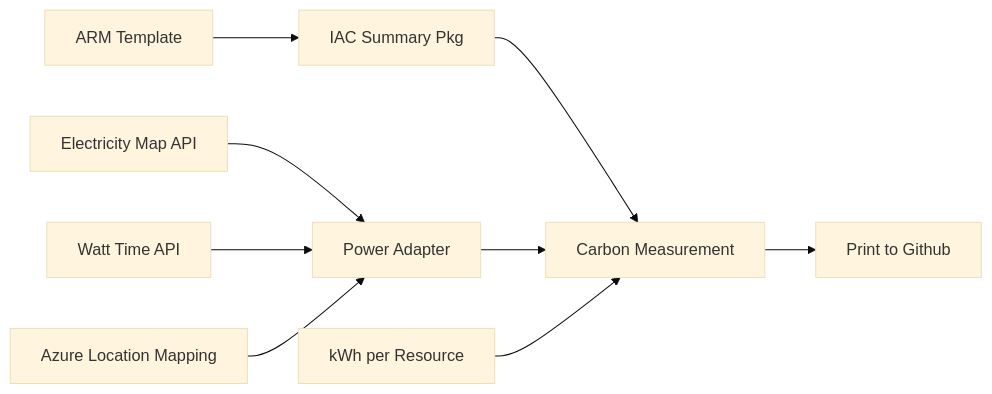
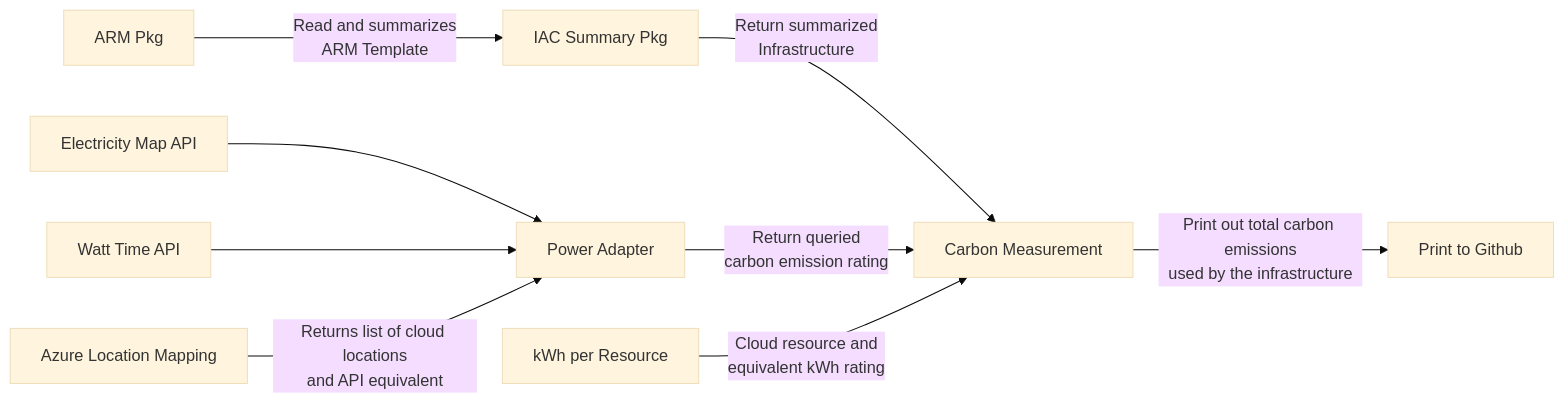
Before and after one commit to Green-Software-Foundation/carbon-ci: the diagram in docs/start-here.md, drawn with Mermaid (base theme).

Commit message:
docs: added descriptions on diagram

````diff
--- a/docs/start-here.md
+++ b/docs/start-here.md
@@ -21,20 +21,21 @@
 ```mermaid
 flowchart LR
 C[Carbon Measurement]
 G[Print to Github]
-ARM[ARM Template]
+ARM[ARM Pkg]
 IAC[IAC Summary Pkg]
 EM[Electricity Map API]
 PA[Power Adapter]
 WT[Watt Time API]
 LOC[Azure Location Mapping]
 KWH[kWh per Resource]
 
-C --> G
-ARM --> IAC --> C
+C --Print out total carbon emissions\nused by the infrastructure--> G
+ARM --Read and summarizes\nARM Template--> IAC
+IAC --Return summarized\nInfrastructure--> C
 EM --> PA
 WT --> PA
-LOC --> PA
-PA --> C
-KWH --> C
+LOC --Returns list of cloud locations\nand API equivalent--> PA
+PA --Return queried\ncarbon emission rating--> C
+KWH --Cloud resource and\nequivalent kWh rating--> C
 ```
````
